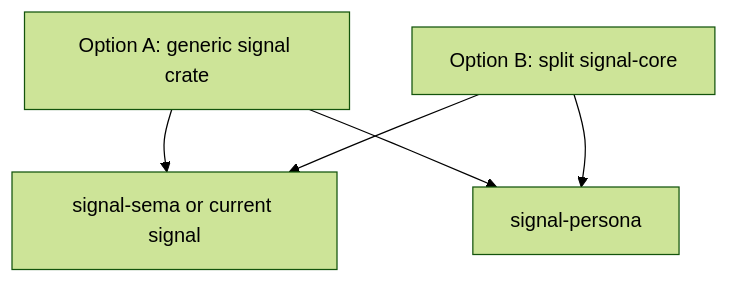
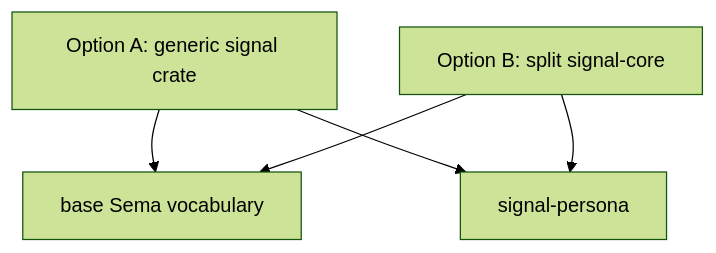
One commit to LiGoldragon/primary changed the fourth of 13 diagrams in reports/operator/12-universal-message-implementation.md. Above: the diagram before and after it, drawn with Mermaid (forest theme). The commit also changed other lines of this file, not shown here.

Commit message:
amend universal message report for sema pivot

````diff
--- a/reports/operator/12-universal-message-implementation.md
+++ b/reports/operator/12-universal-message-implementation.md
@@ -117,12 +123,12 @@
 ```mermaid
 flowchart TB
     option_a["Option A: generic signal crate"]
     option_b["Option B: split signal-core"]
-    sema["signal-sema or current signal"]
+    sema["base Sema vocabulary"]
     persona["signal-persona"]
 
     option_a --> sema
     option_a --> persona
     option_b --> sema
     option_b --> persona
 ```
````
